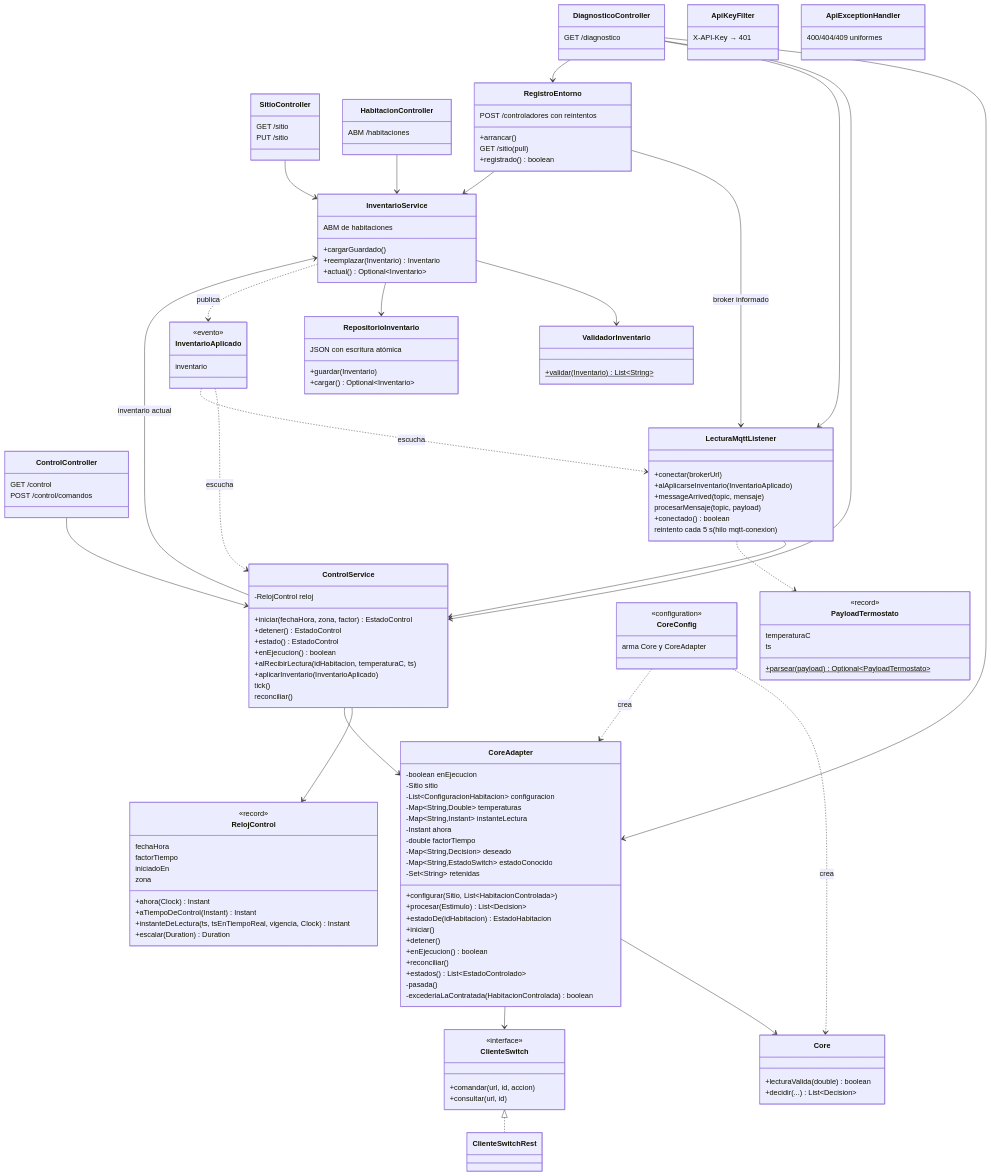
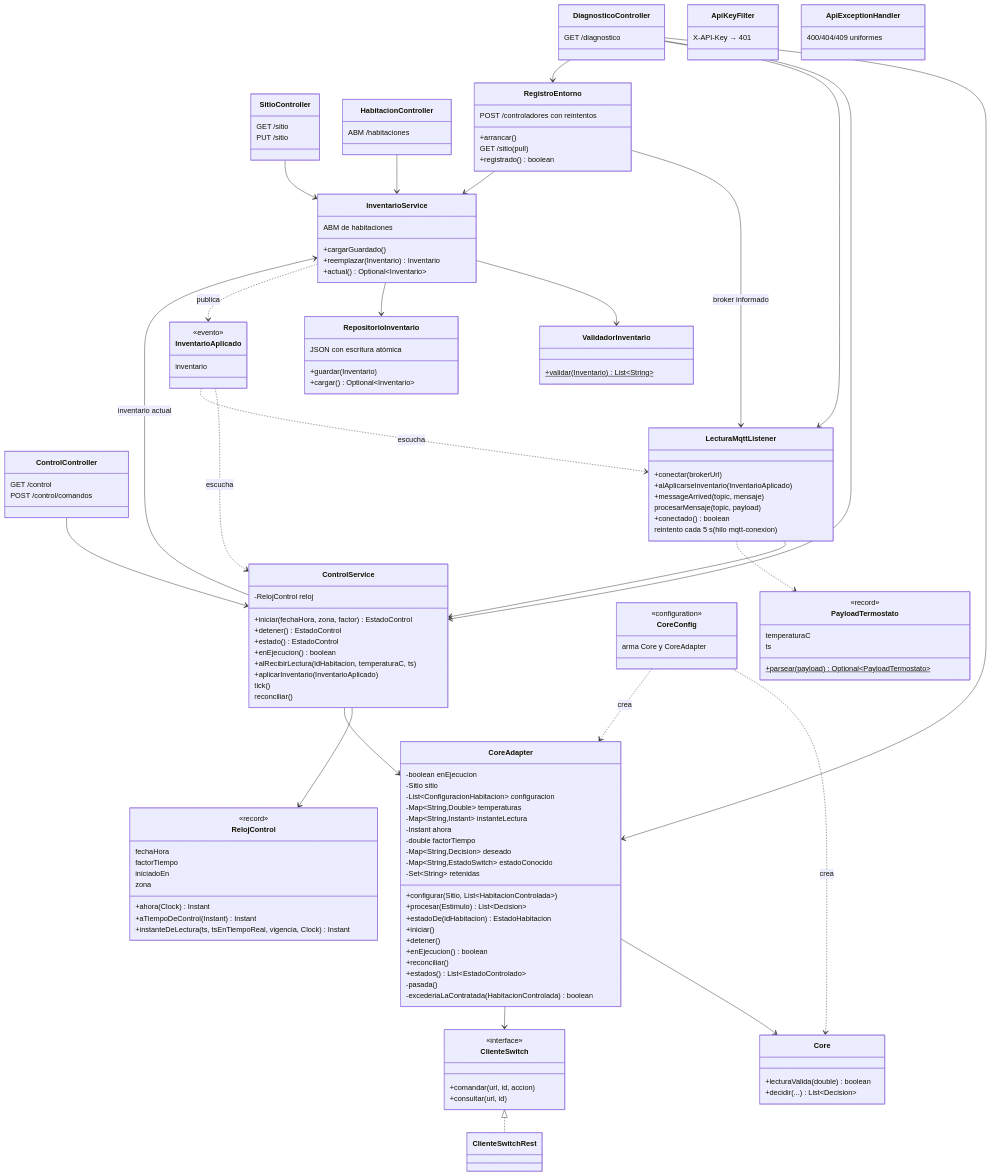
Before and after one commit to BrayanBCode/iiss-2026-grupo-4: the third of 9 diagrams in docs/arquitectura/4mas1.md, drawn with Mermaid. The commit also changed other lines of this file and 3 other files, not shown here.

```diff
--- a/docs/arquitectura/4mas1.md
+++ b/docs/arquitectura/4mas1.md
@@ -269,7 +268,6 @@
       +ahora(Clock) Instant
       +aTiempoDeControl(Instant) Instant
       +instanteDeLectura(ts, tsEnTiempoReal, vigencia, Clock) Instant
-      +escalar(Duration) Duration
     }
 
     class CoreAdapter {
```
